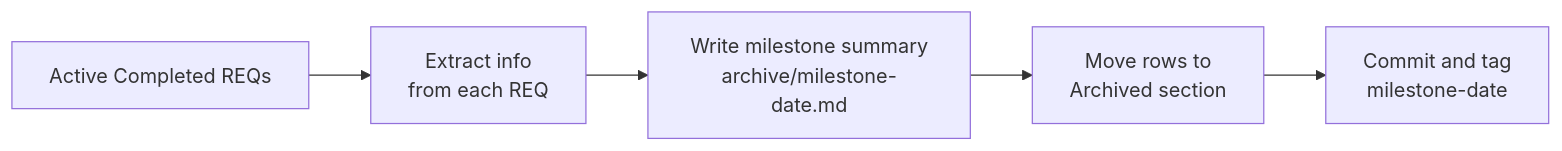
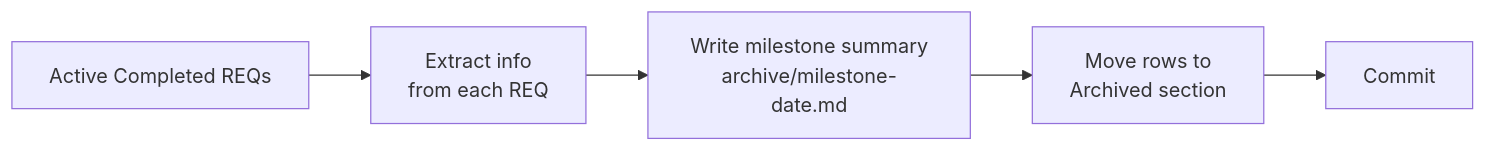
Before and after one commit to GOODDAYDAY/my-skills: the first of 4 diagrams in req-archive/SKILL.md, drawn with Mermaid. The commit also changed other lines of this file and 19 other files, not shown here.

````diff
--- a/req-archive/SKILL.md
+++ b/req-archive/SKILL.md
@@ -13,7 +13,7 @@
 ```mermaid
 flowchart LR
     A[Active Completed REQs] --> B[Extract info\nfrom each REQ]
     B --> C[Write milestone summary\narchive/milestone-date.md]
     C --> D[Move rows to\nArchived section]
-    D --> E[Commit and tag\nmilestone-date]
+    D --> E[Commit]
 ```
````
